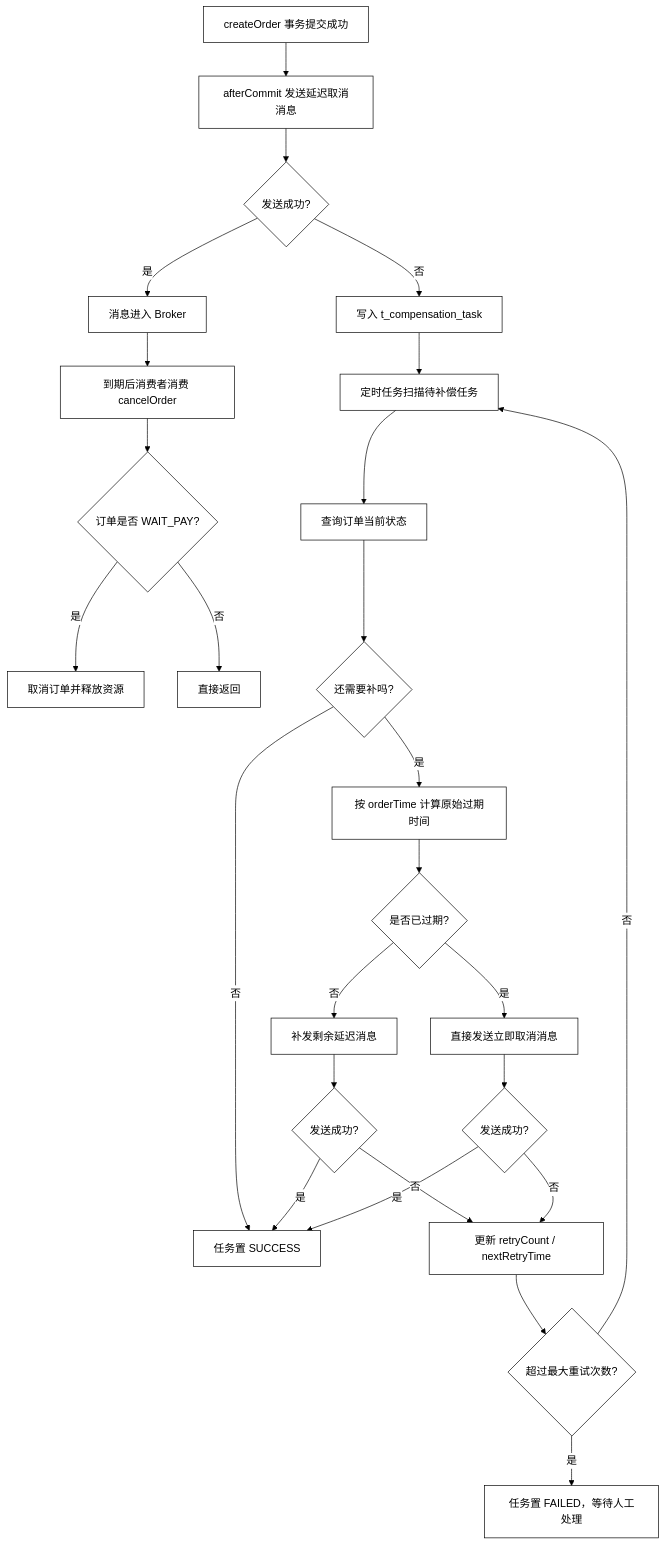
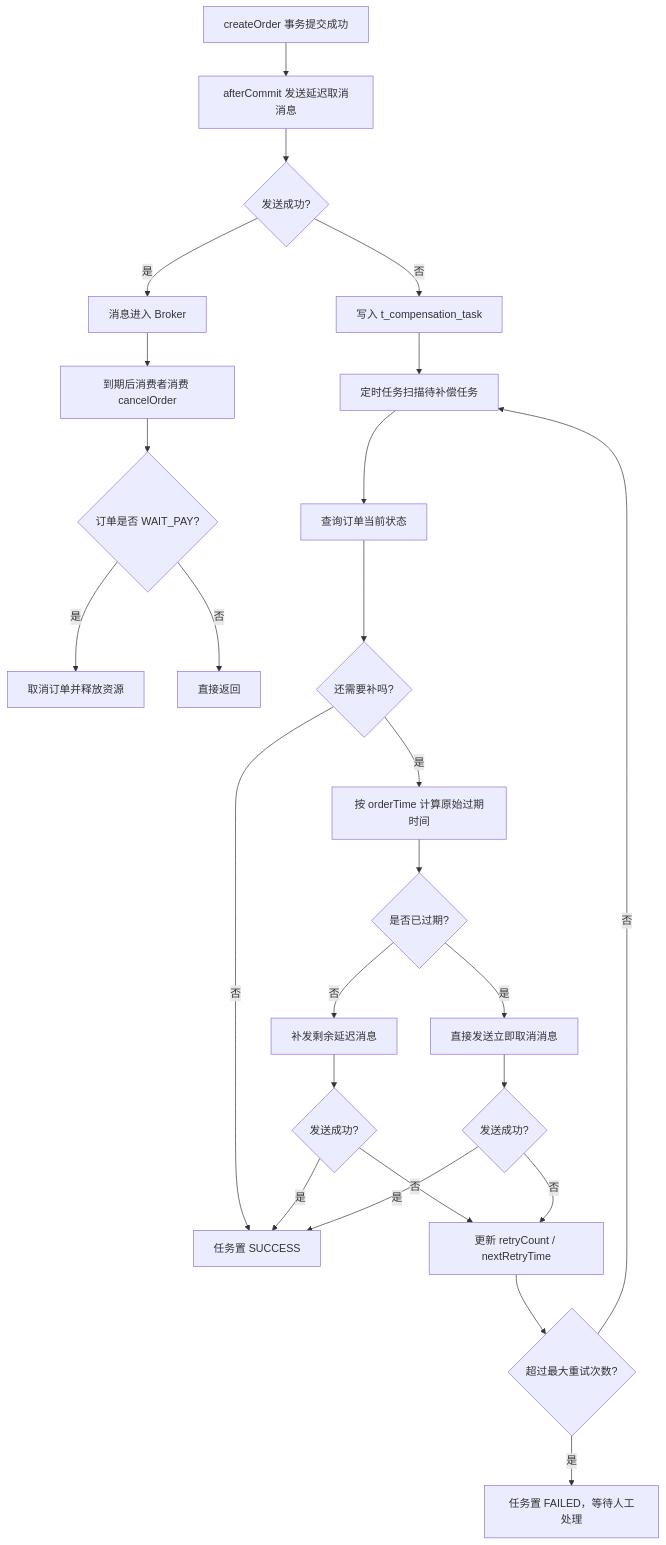
Before and after one commit to LetMeSleep8h/TickGo: the diagram in README.md, drawn with Mermaid. The commit also changed other lines of this file, not shown here.

````diff
--- a/README.md
+++ b/README.md
@@ -226,48 +195,30 @@
 ```mermaid
-%%{init: {'theme': 'base', 'themeVariables': {
-  'background': '#ffffff',
-  'primaryColor': '#ffffff',
-  'primaryTextColor': '#000000',
-  'primaryBorderColor': '#000000',
-  'secondaryColor': '#ffffff',
-  'secondaryTextColor': '#000000',
-  'secondaryBorderColor': '#000000',
-  'tertiaryColor': '#ffffff',
-  'tertiaryTextColor': '#000000',
-  'tertiaryBorderColor': '#000000',
-  'lineColor': '#000000',
-  'textColor': '#000000',
-  'mainBkg': '#ffffff',
-  'nodeBorder': '#000000',
-  'clusterBkg': '#ffffff',
-  'clusterBorder': '#000000'
-}}}%%
 flowchart TD
     A["createOrder 事务提交成功"] --> B["afterCommit 发送延迟取消消息"]
     B --> C{"发送成功?"}
 
     C -->|是| D["消息进入 Broker"]
     D --> E["到期后消费者消费 cancelOrder"]
     E --> F{"订单是否 WAIT_PAY?"}
     F -->|是| G["取消订单并释放资源"]
     F -->|否| H["直接返回"]
 
     C -->|否| I["写入 t_compensation_task"]
     I --> J["定时任务扫描待补偿任务"]
     J --> K["查询订单当前状态"]
     K --> L{"还需要补吗?"}
     L -->|否| M["任务置 SUCCESS"]
     L -->|是| N["按 orderTime 计算原始过期时间"]
     N --> O{"是否已过期?"}
     O -->|否| P["补发剩余延迟消息"]
     O -->|是| Q["直接发送立即取消消息"]
     P --> R{"发送成功?"}
     Q --> S{"发送成功?"}
     R -->|是| M
     S -->|是| M
     R -->|否| T["更新 retryCount / nextRetryTime"]
     S -->|否| T
     T --> U{"超过最大重试次数?"}
     U -->|否| J
     U -->|是| V["任务置 FAILED，等待人工处理"]
 ```
````
